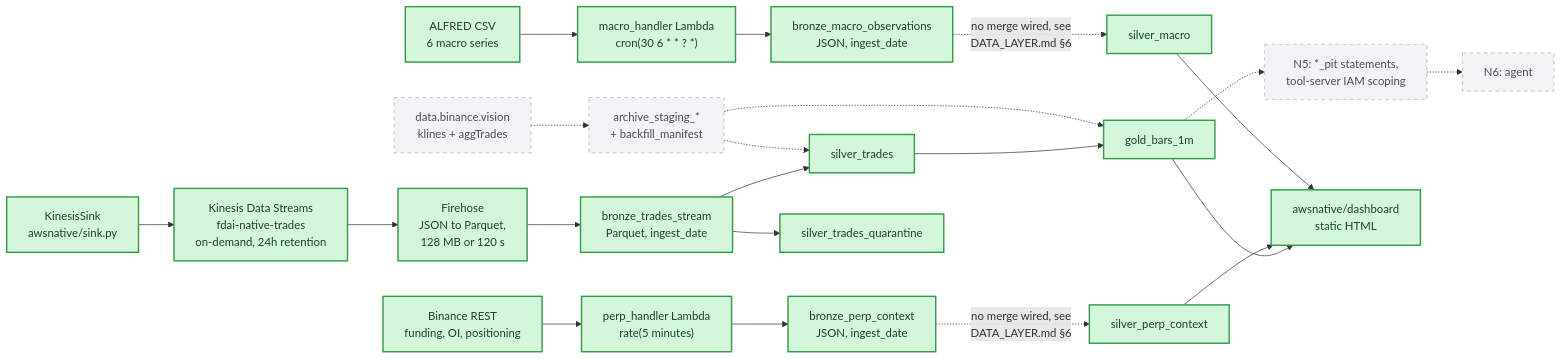
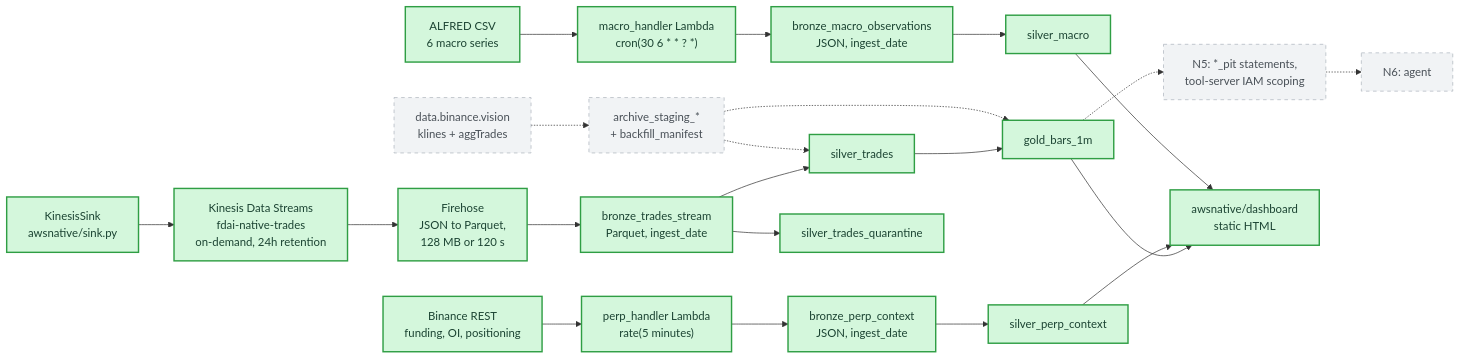
The fourth of 5 diagrams in docs/ARCHITECTURE.md (hailampy123/realtime-finance-bot), drawn with Mermaid before and after one commit. The commit also changed other lines of this file and 10 other files, not shown here.

Commit message:
feat: enable merge scheduled on others silver tables

````diff
--- a/docs/ARCHITECTURE.md
+++ b/docs/ARCHITECTURE.md
@@ -225,50 +225,50 @@
 ```mermaid
 flowchart LR
     classDef built fill:#d4f7dc,stroke:#2f9e44,color:#1b4332,stroke-width:2px
     classDef planned fill:#f1f3f5,stroke:#adb5bd,color:#495057,stroke-width:1px,stroke-dasharray: 5 5
 
     Sink["KinesisSink\nawsnative/sink.py"]:::built
     KDS["Kinesis Data Streams\nfdai-native-trades\non-demand, 24h retention"]:::built
     FH["Firehose\nJSON to Parquet,\n128 MB or 120 s"]:::built
     BronzeT["bronze_trades_stream\nParquet, ingest_date"]:::built
 
     Sink --> KDS --> FH --> BronzeT
 
     PerpL["perp_handler Lambda\nrate(5 minutes)"]:::built
     MacroL["macro_handler Lambda\ncron(30 6 * * ? *)"]:::built
     BronzeP["bronze_perp_context\nJSON, ingest_date"]:::built
     BronzeM["bronze_macro_observations\nJSON, ingest_date"]:::built
 
     BinanceREST["Binance REST\nfunding, OI, positioning"]:::built
     ALFRED["ALFRED CSV\n6 macro series"]:::built
 
     BinanceREST --> PerpL --> BronzeP
     ALFRED --> MacroL --> BronzeM
 
     SilverT["silver_trades"]:::built
     Quar["silver_trades_quarantine"]:::built
     SilverP["silver_perp_context"]:::built
     SilverM["silver_macro"]:::built
     GoldB["gold_bars_1m"]:::built
 
     BronzeT --> SilverT
     BronzeT --> Quar
-    BronzeP -. "no merge wired, see\nDATA_LAYER.md §6" .-> SilverP
-    BronzeM -. "no merge wired, see\nDATA_LAYER.md §6" .-> SilverM
+    BronzeP --> SilverP
+    BronzeM --> SilverM
     SilverT --> GoldB
 
     Archive["data.binance.vision\nklines + aggTrades"]:::planned
     Staging["archive_staging_*\n+ backfill_manifest"]:::planned
     Archive -.-> Staging
     Staging -.-> SilverT
     Staging -.-> GoldB
 
     PIT["N5: *_pit statements,\ntool-server IAM scoping"]:::planned
     Agent["N6: agent"]:::planned
     GoldB -.-> PIT -.-> Agent
 
     Dash["awsnative/dashboard\nstatic HTML"]:::built
     GoldB --> Dash
     SilverP --> Dash
     SilverM --> Dash
 ```
````
